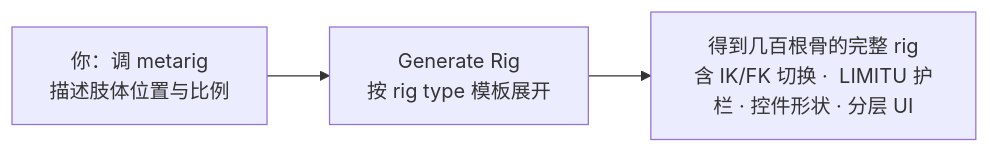
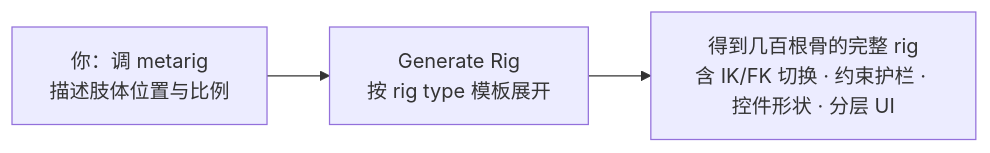
The first of 3 diagrams in Blender笔记/支线/绑定与动画/05-Rigify快速绑定.md (liuchamp/blenderdsv1), drawn with Mermaid before and after one commit. The commit also changed other lines of this file and 16 other files, not shown here.

Commit message:
更新 Blender 笔记：补全绑定与动画 06-09 及速查与路线图修订

````diff
--- a/Blender笔记/支线/绑定与动画/05-Rigify快速绑定.md
+++ b/Blender笔记/支线/绑定与动画/05-Rigify快速绑定.md
@@ -10,5 +10,5 @@
 ```mermaid
 flowchart LR
     A["你：调 metarig<br/>描述肢体位置与比例"] --> B["Generate Rig<br/>按 rig type 模板展开"]
-    B --> C["得到几百根骨的完整 rig<br/>含 IK/FK 切换 ·  LIMITU 护栏 · 控件形状 · 分层 UI"]
+    B --> C["得到几百根骨的完整 rig<br/>含 IK/FK 切换 · 约束护栏 · 控件形状 · 分层 UI"]
 ```
````
